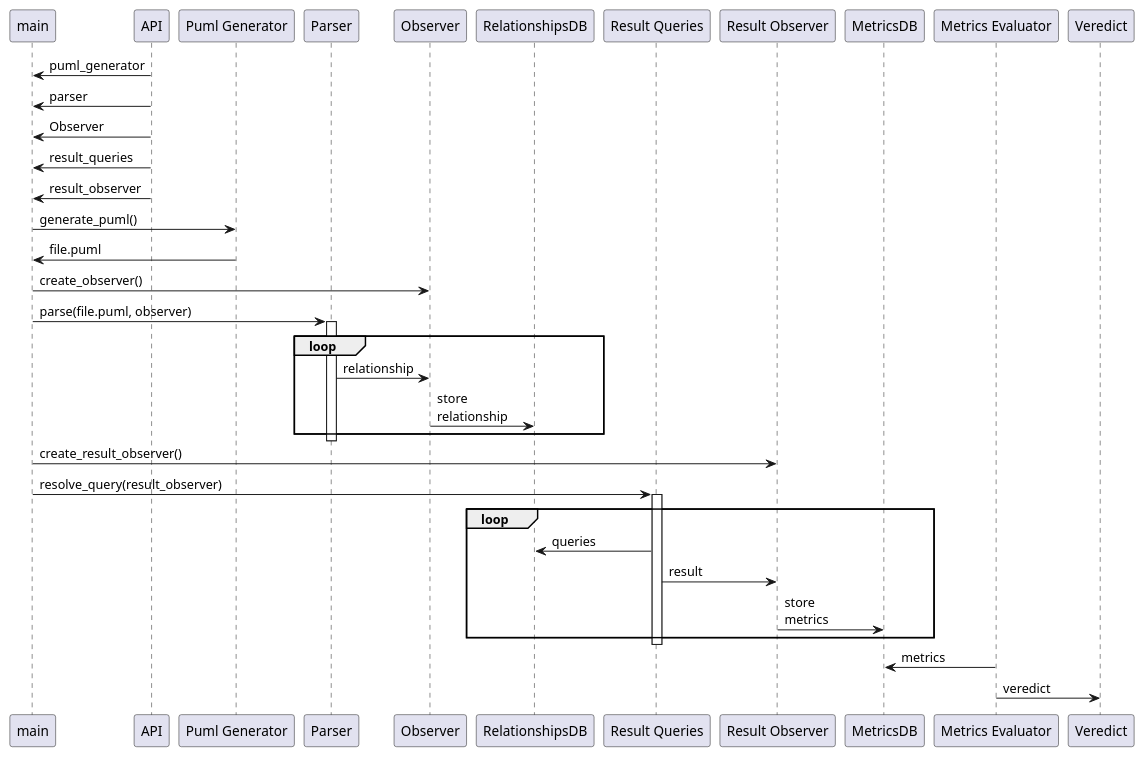
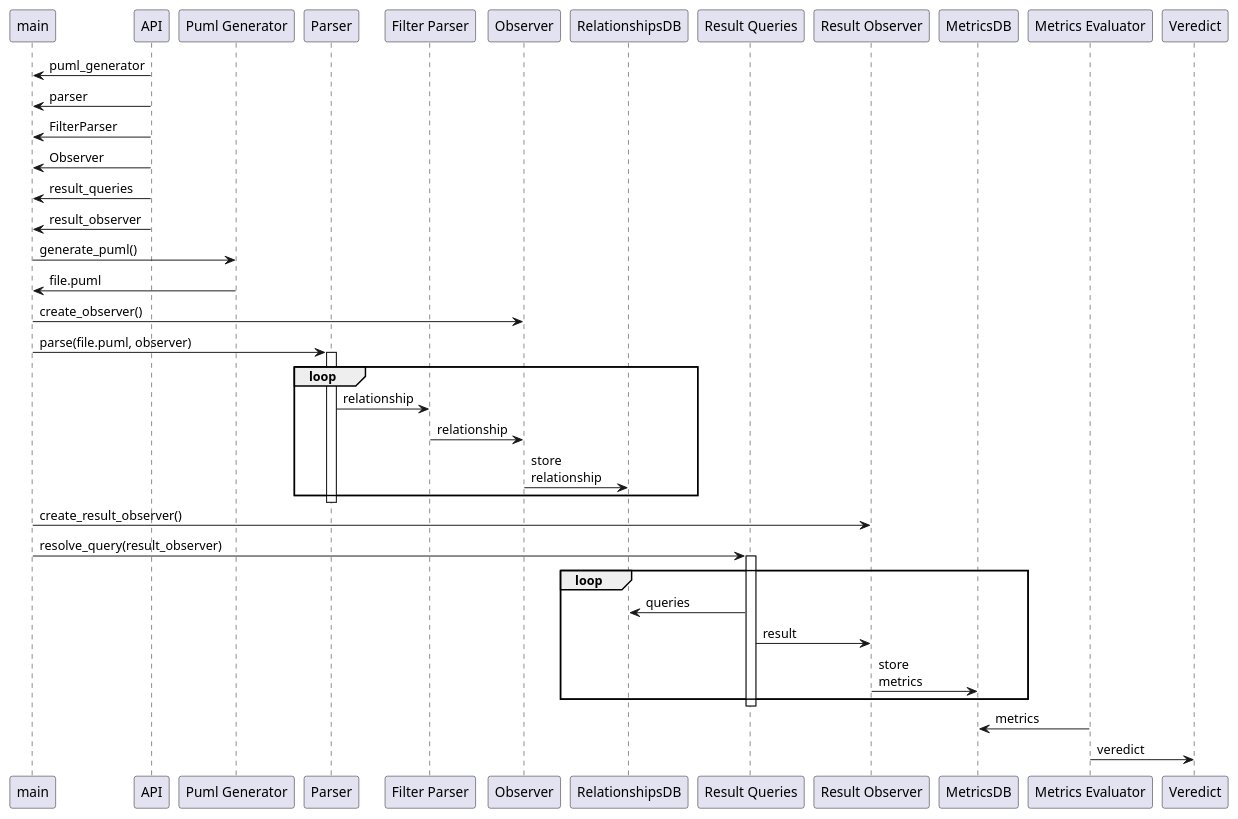
The diagram in Desing/SequenceDiagranRelationship.plantuml (GonzaloGarciaZurlo/CodeDesignDeltaEvaluator), drawn with PlantUML before and after one commit. The commit also changed 5 other files, not shown here.

```diff
--- a/Desing/SequenceDiagranRelationship.plantuml
+++ b/Desing/SequenceDiagranRelationship.plantuml
@@ -1,55 +1,59 @@
 @startuml
 participant main
 participant "API" as API
 participant "Puml Generator" as PumlGenerator
 participant "Parser" as Parser
+participant "Filter Parser" as FilterParser
 participant "Observer" as Observer
 participant "RelationshipsDB" as relationshipsDB
 participant "Result Queries" as ResultQueries
 participant "Result Observer" as ResultObserver
 participant "MetricsDB" as metricsDB
 participant "Metrics Evaluator" as MetricsEvaluator
 participant "Veredict" as Veredict
 
 API -> main: puml_generator
 
 API -> main: parser
+
+API -> main: FilterParser
 
 API -> main: Observer
 
 API -> main: result_queries
 
 API -> main: result_observer
 
 main -> PumlGenerator: generate_puml()
 
 PumlGenerator -> main: file.puml
 
 main -> Observer: create_observer()
 
 main -> Parser: parse(file.puml, observer)
 
 activate Parser
 
 loop
-    Parser -> Observer: relationship
+    Parser -> FilterParser: relationship
+    FilterParser -> Observer: relationship
     Observer -> relationshipsDB: store\nrelationship
 end
 deactivate Parser
 
 main -> ResultObserver: create_result_observer()
 main -> ResultQueries: resolve_query(result_observer)
 
 activate ResultQueries
 
 loop
     ResultQueries -> relationshipsDB: queries
     ResultQueries -> ResultObserver: result
     ResultObserver -> metricsDB: store\nmetrics
 end
 deactivate ResultQueries
 
 MetricsEvaluator -> metricsDB: metrics
 MetricsEvaluator -> Veredict: veredict
 
 @enduml
```
